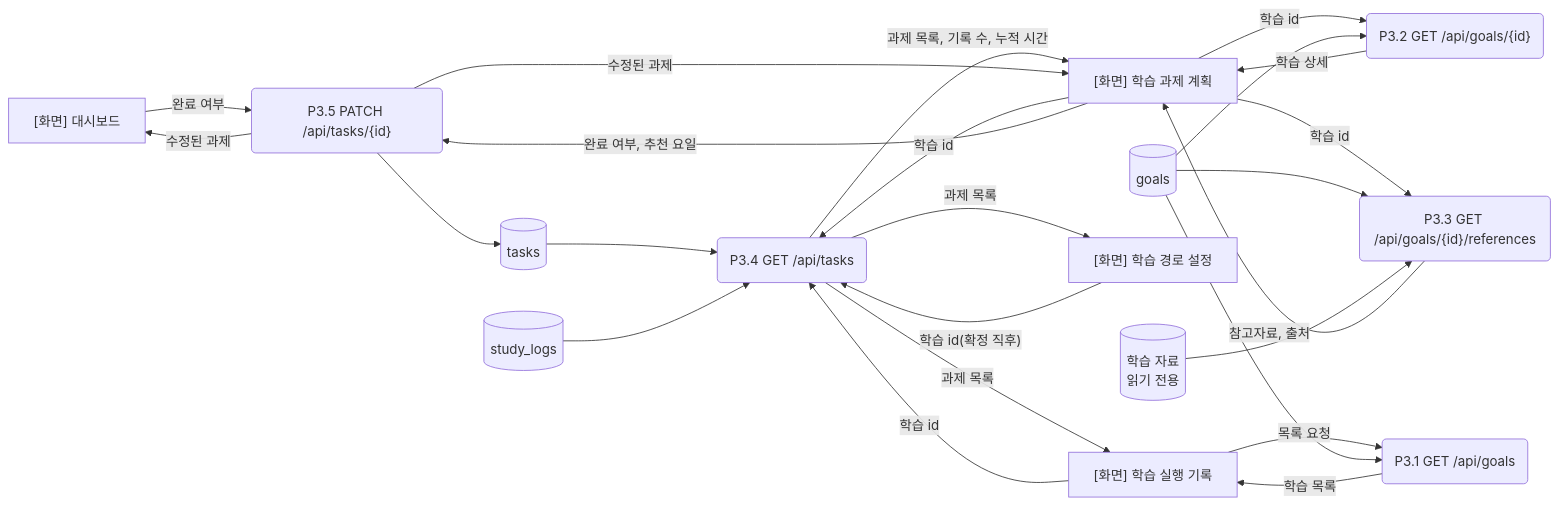
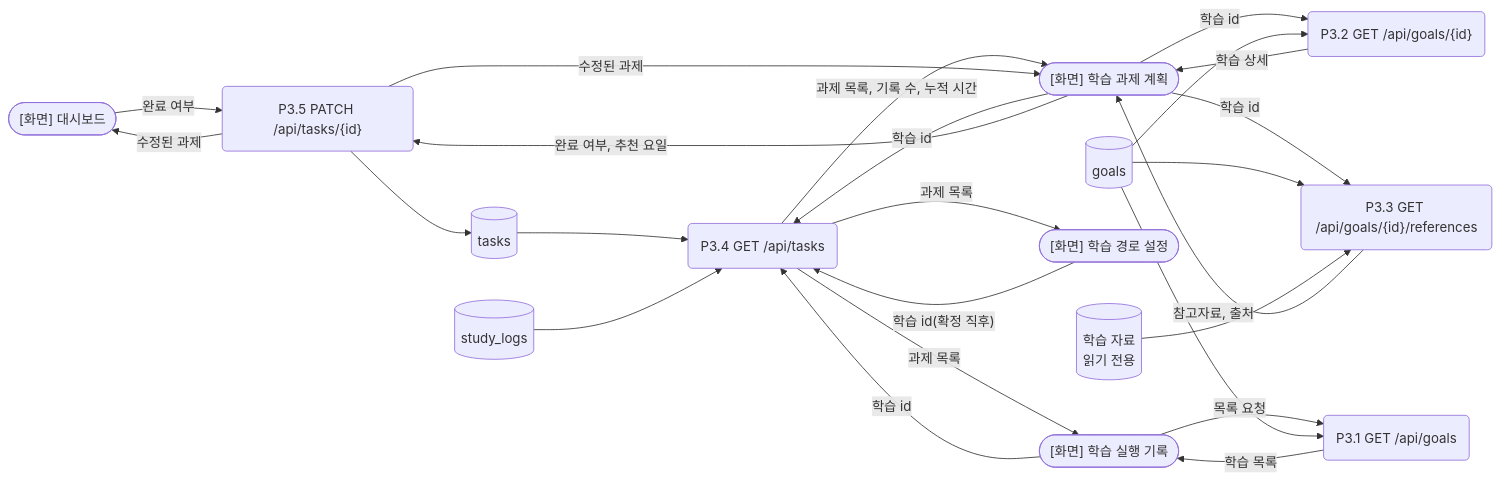
One commit to yong05610/ai-n-fprj changed the sixth of 12 diagrams in docs/architecture_dfd.md. Above: the diagram before and after it, drawn with Mermaid. The commit also changed other lines of this file, not shown here.

````diff
--- a/docs/architecture_dfd.md
+++ b/docs/architecture_dfd.md
@@ -230,40 +230,40 @@
 ```mermaid
 flowchart LR
-    S1["[화면] 대시보드"]
-    S2["[화면] 학습 과제 계획"]
-    S3["[화면] 학습 실행 기록"]
-    S4["[화면] 학습 경로 설정"]
+    S1(["[화면] 대시보드"])
+    S2(["[화면] 학습 과제 계획"])
+    S3(["[화면] 학습 실행 기록"])
+    S4(["[화면] 학습 경로 설정"])
     P31("P3.1 GET /api/goals")
     P32("P3.2 GET /api/goals/{id}")
     P33("P3.3 GET /api/goals/{id}/references")
     P34("P3.4 GET /api/tasks")
     P35("P3.5 PATCH /api/tasks/{id}")
     DG[("goals")]
     DT[("tasks")]
     DL[("study_logs")]
     DD[("학습 자료<br/>읽기 전용")]
 
     S3 -->|"목록 요청"| P31
     DG --> P31
     P31 -->|"학습 목록"| S3
     S2 -->|"학습 id"| P32
     DG --> P32
     P32 -->|"학습 상세"| S2
     S2 -->|"학습 id"| P33
     DG --> P33
     DD --> P33
     P33 -->|"참고자료, 출처"| S2
     S2 -->|"학습 id"| P34
     S3 -->|"학습 id"| P34
     S4 -->|"학습 id(확정 직후)"| P34
     DT --> P34
     DL --> P34
     P34 -->|"과제 목록, 기록 수, 누적 시간"| S2
     P34 -->|"과제 목록"| S3
     P34 -->|"과제 목록"| S4
     S1 -->|"완료 여부"| P35
     S2 -->|"완료 여부, 추천 요일"| P35
     P35 --> DT
     P35 -->|"수정된 과제"| S1
     P35 -->|"수정된 과제"| S2
 ```
````
